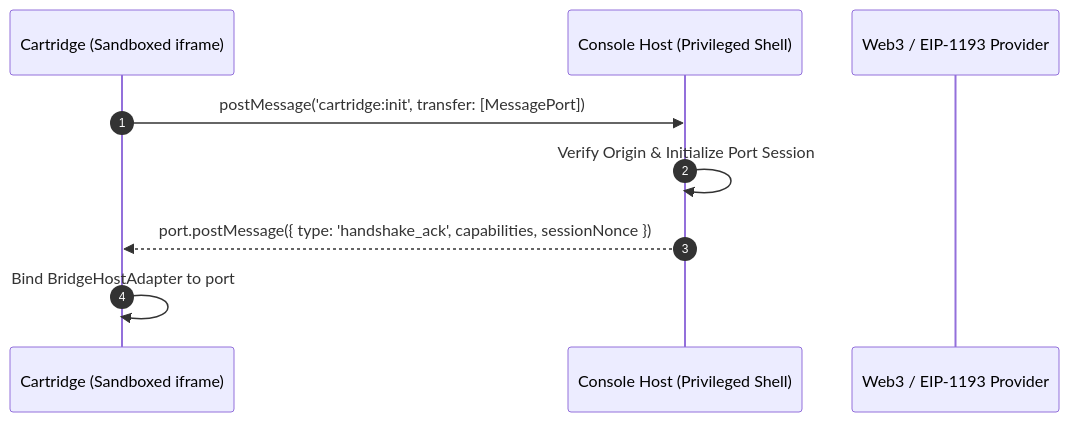
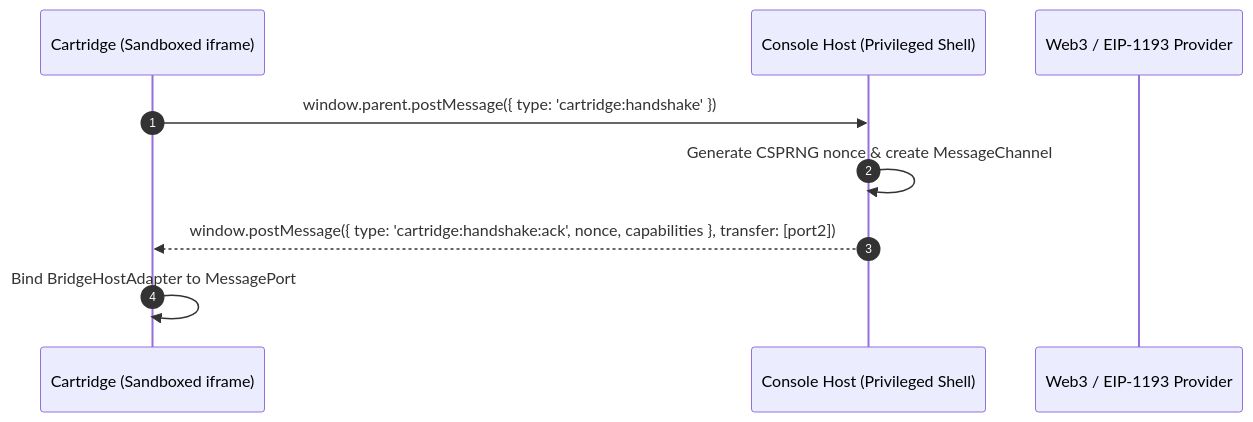
Before and after one commit to SRHSoulja/cartridge-console: the diagram in docs/CONSOLE_PROTOCOL_V0_2.md, drawn with Mermaid. The commit also changed other lines of this file and 25 other files, not shown here.

````diff
--- a/docs/CONSOLE_PROTOCOL_V0_2.md
+++ b/docs/CONSOLE_PROTOCOL_V0_2.md
@@ -25,12 +25,12 @@
 ```mermaid
 sequenceDiagram
     autonumber
     participant Cartridge as Cartridge (Sandboxed iframe)
     participant Host as Console Host (Privileged Shell)
     participant Provider as Web3 / EIP-1193 Provider
 
-    Cartridge->>Host: postMessage('cartridge:init', transfer: [MessagePort])
-    Host->>Host: Verify Origin & Initialize Port Session
-    Host-->>Cartridge: port.postMessage({ type: 'handshake_ack', capabilities, sessionNonce })
-    Cartridge->>Cartridge: Bind BridgeHostAdapter to port
+    Cartridge->>Host: window.parent.postMessage({ type: 'cartridge:handshake' })
+    Host->>Host: Generate CSPRNG nonce & create MessageChannel
+    Host-->>Cartridge: window.postMessage({ type: 'cartridge:handshake:ack', nonce, capabilities }, transfer: [port2])
+    Cartridge->>Cartridge: Bind BridgeHostAdapter to MessagePort
 ```
````
